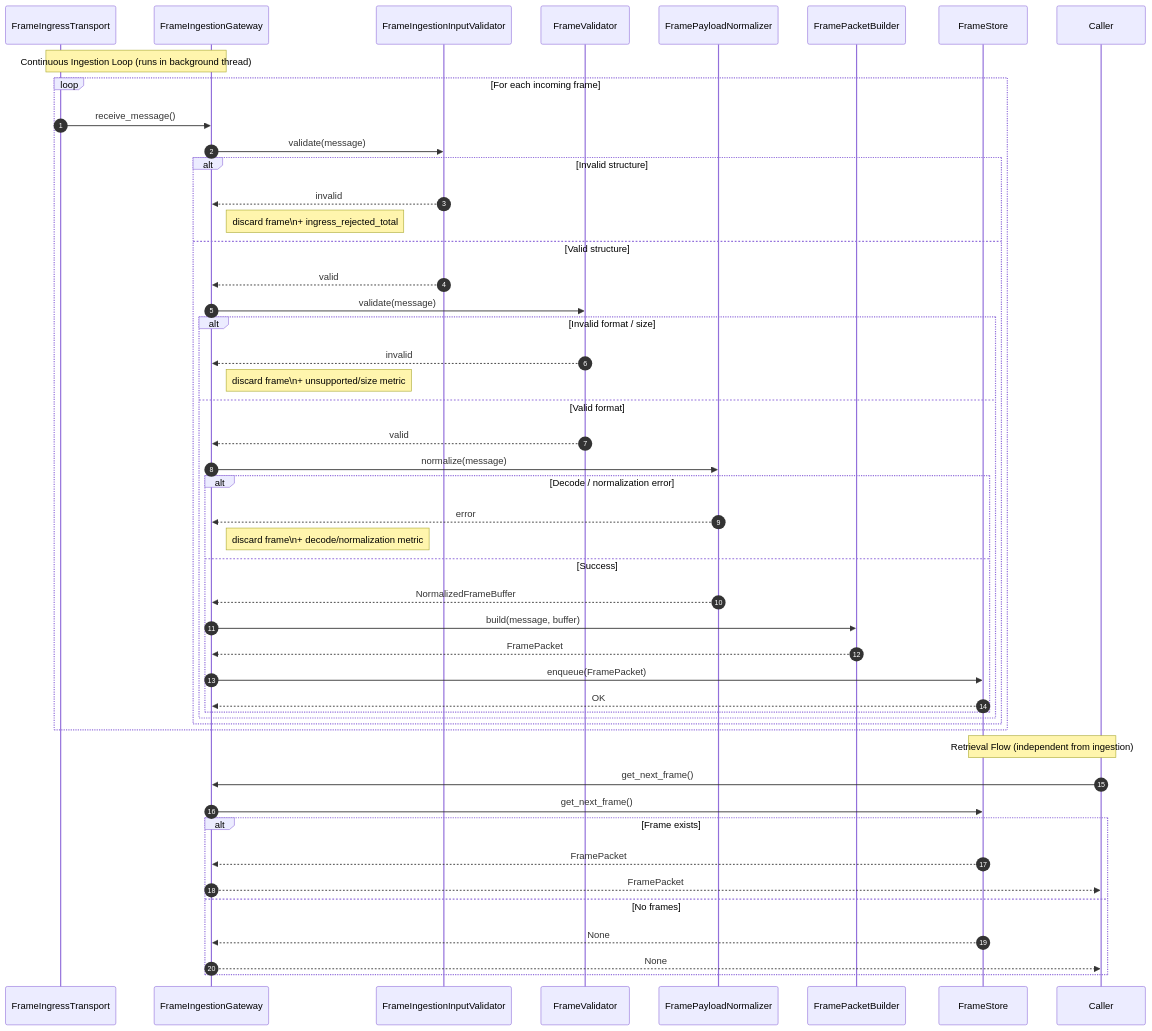
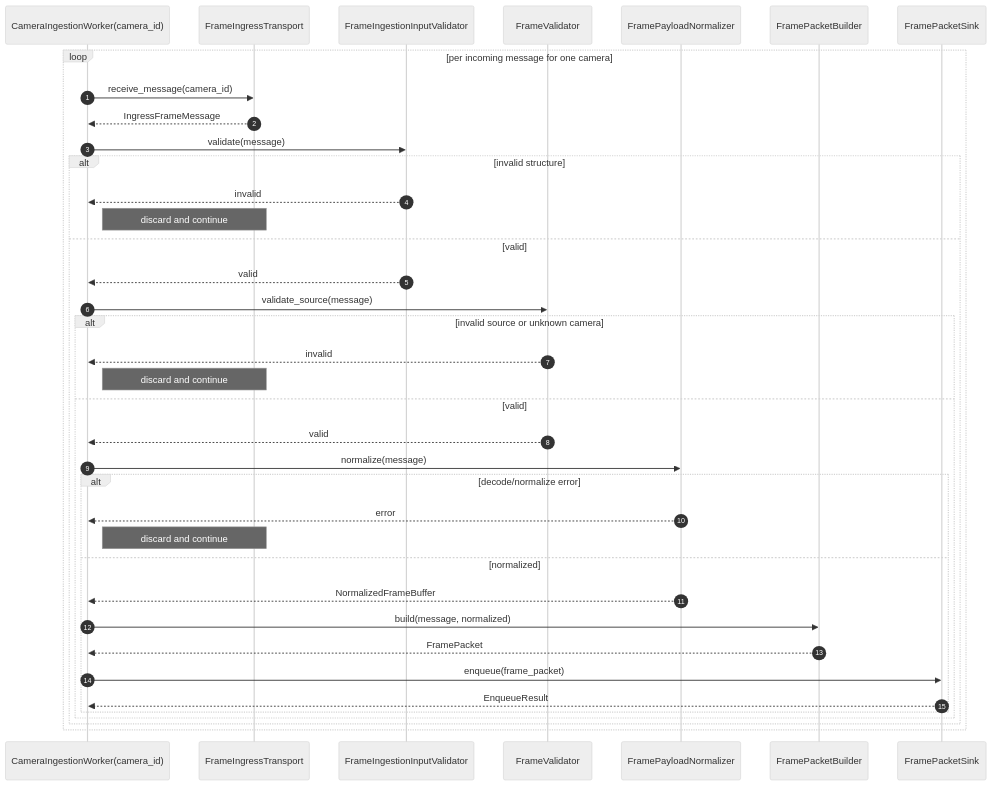
The second of 3 diagrams in doc/image_processing_service/frame_ingestion_gateway.md (talifruman/camera-recognition), drawn with Mermaid before and after one commit. The commit also changed other lines of this file and 105 other files, not shown here.

Commit message:
Implement image processing service architecture updates

````diff
--- a/doc/image_processing_service/frame_ingestion_gateway.md
+++ b/doc/image_processing_service/frame_ingestion_gateway.md
@@ -772,65 +475,43 @@
 ```mermaid
+%%{init: {'theme': 'neutral'}}%%
 sequenceDiagram
     autonumber
+    participant W as CameraIngestionWorker(camera_id)
+    participant T as FrameIngressTransport
+    participant IV as FrameIngestionInputValidator
+    participant FV as FrameValidator
+    participant N as FramePayloadNormalizer
+    participant B as FramePacketBuilder
+    participant S as FramePacketSink
 
-    participant Transport as FrameIngressTransport
-    participant Gateway as FrameIngestionGateway
-    participant InputValidator as FrameIngestionInputValidator
-    participant Validator as FrameValidator
-    participant Normalizer as FramePayloadNormalizer
-    participant Builder as FramePacketBuilder
-    participant Store as FrameStore
-    participant Caller
+    loop per incoming message for one camera
+        W->>T: receive_message(camera_id)
+        T-->>W: IngressFrameMessage
 
-    Note over Transport,Gateway: Continuous Ingestion Loop (runs in background thread)
-
-    loop For each incoming frame
-        Transport->>Gateway: receive_message()
-
-        Gateway->>InputValidator: validate(message)
-
-        alt Invalid structure
-            InputValidator-->>Gateway: invalid
-            Note right of Gateway: discard frame\n+ ingress_rejected_total
-        else Valid structure
-            InputValidator-->>Gateway: valid
-
-            Gateway->>Validator: validate(message)
-
-            alt Invalid format / size
-                Validator-->>Gateway: invalid
-                Note right of Gateway: discard frame\n+ unsupported/size metric
-            else Valid format
-                Validator-->>Gateway: valid
-
-                Gateway->>Normalizer: normalize(message)
-
-                alt Decode / normalization error
-                    Normalizer-->>Gateway: error
-                    Note right of Gateway: discard frame\n+ decode/normalization metric
-                else Success
-                    Normalizer-->>Gateway: NormalizedFrameBuffer
-
-                    Gateway->>Builder: build(message, buffer)
-                    Builder-->>Gateway: FramePacket
-
-                    Gateway->>Store: enqueue(FramePacket)
-                    Store-->>Gateway: OK
+        W->>IV: validate(message)
+        alt invalid structure
+            IV-->>W: invalid
+            Note right of W: discard and continue
+        else valid
+            IV-->>W: valid
+            W->>FV: validate_source(message)
+            alt invalid source or unknown camera
+                FV-->>W: invalid
+                Note right of W: discard and continue
+            else valid
+                FV-->>W: valid
+                W->>N: normalize(message)
+                alt decode/normalize error
+                    N-->>W: error
+                    Note right of W: discard and continue
+                else normalized
+                    N-->>W: NormalizedFrameBuffer
+                    W->>B: build(message, normalized)
+                    B-->>W: FramePacket
+                    W->>S: enqueue(frame_packet)
+                    S-->>W: EnqueueResult
                 end
             end
         end
     end
-
-    Note over Caller,Store: Retrieval Flow (independent from ingestion)
-
-    Caller->>Gateway: get_next_frame()
-    Gateway->>Store: get_next_frame()
-
-    alt Frame exists
-        Store-->>Gateway: FramePacket
-        Gateway-->>Caller: FramePacket
-    else No frames
-        Store-->>Gateway: None
-        Gateway-->>Caller: None
-    end
 ```
````
